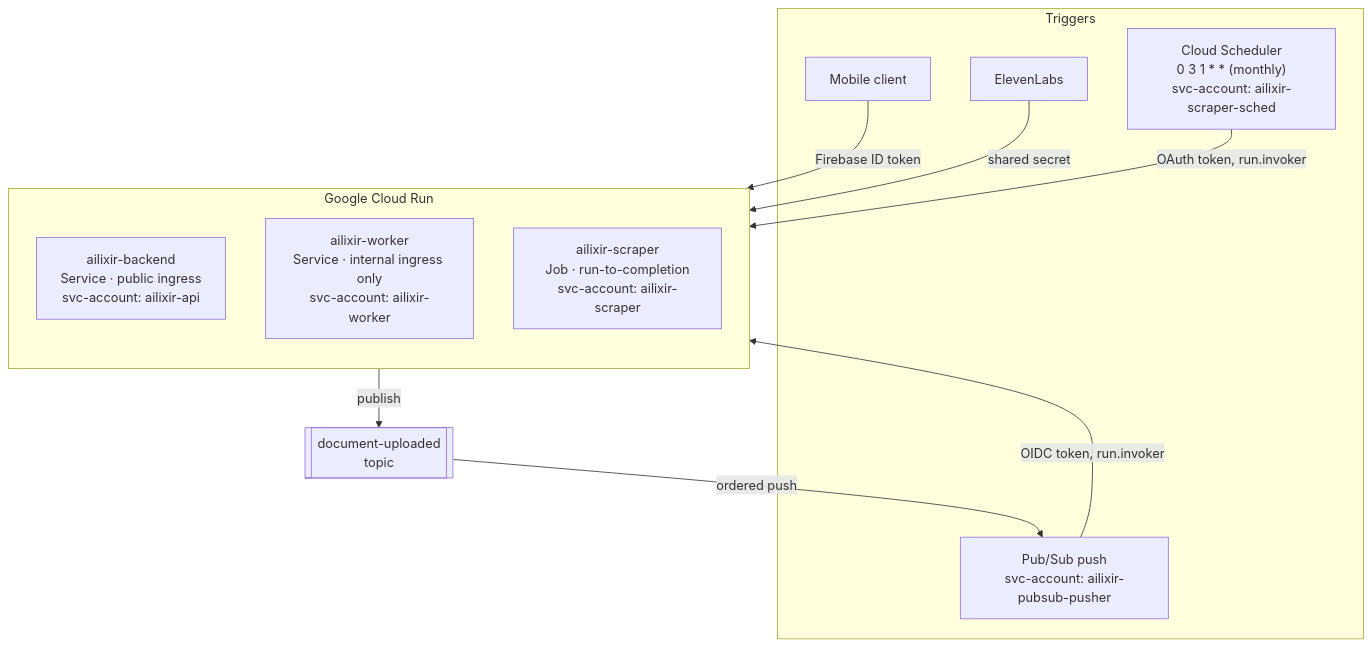
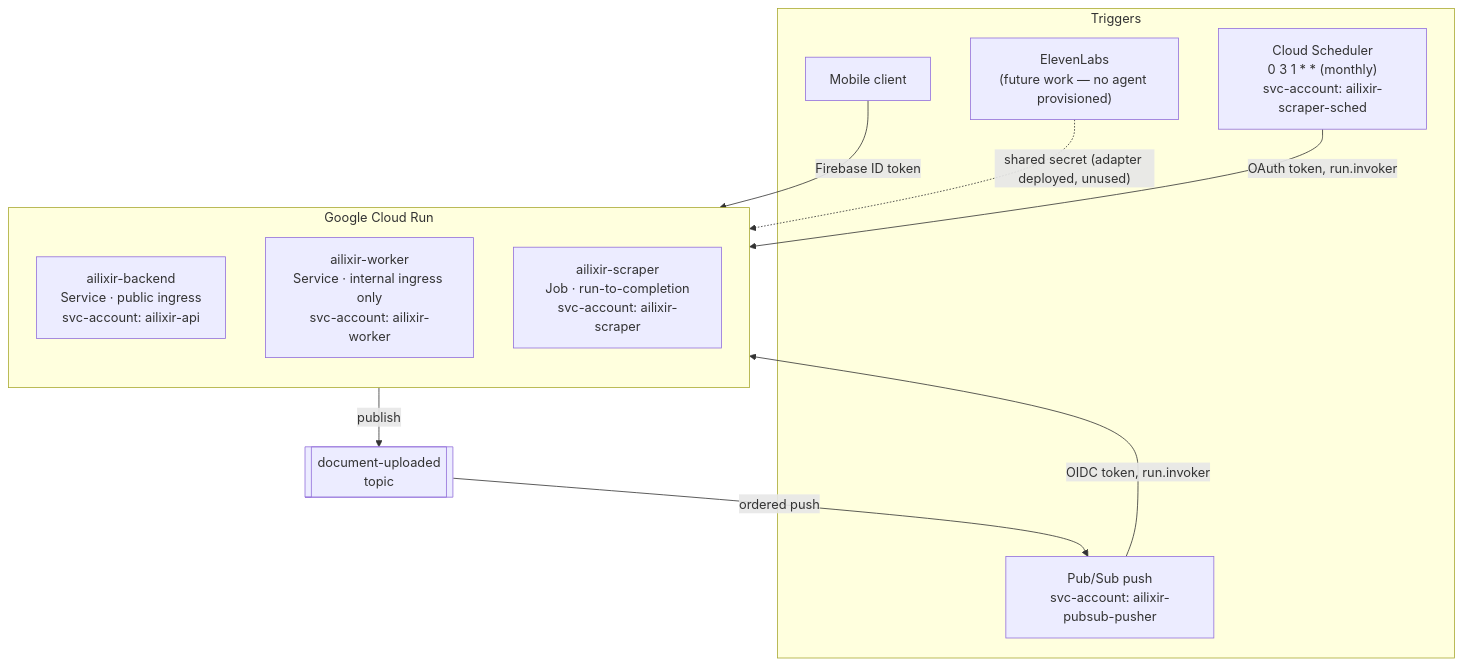
The first of 3 diagrams in Documentation/architecture/05_infrastructure_and_deployment.md (amosproj/amos2026ss03-ailixir-intelligence), drawn with Mermaid before and after one commit. The commit also changed 12 other files, not shown here.

Commit message:
Reframed elevenlabs voice as future work in the documentation

````diff
--- a/Documentation/architecture/05_infrastructure_and_deployment.md
+++ b/Documentation/architecture/05_infrastructure_and_deployment.md
@@ -11,23 +11,23 @@
 ```mermaid
 flowchart TB
     subgraph CloudRun["Google Cloud Run"]
         direction TB
         API["ailixir-backend\nService · public ingress\nsvc-account: ailixir-api"]
         WORKER["ailixir-worker\nService · internal ingress only\nsvc-account: ailixir-worker"]
         JOB["ailixir-scraper\nJob · run-to-completion\nsvc-account: ailixir-scraper"]
     end
 
     subgraph Trigger["Triggers"]
         MOBILE["Mobile client"]
-        ELEVENLABS["ElevenLabs"]
+        ELEVENLABS["ElevenLabs\n(future work — no agent provisioned)"]
         SCHEDULER["Cloud Scheduler\n0 3 1 * * (monthly)\nsvc-account: ailixir-scraper-sched"]
         PUBSUB_PUSHER["Pub/Sub push\nsvc-account: ailixir-pubsub-pusher"]
     end
 
     MOBILE -- "Firebase ID token" --> API
-    ELEVENLABS -- "shared secret" --> API
+    ELEVENLABS -. "shared secret (adapter deployed, unused)" .-> API
     SCHEDULER -- "OAuth token, run.invoker" --> JOB
     API -- "publish" --> TOPIC[["document-uploaded\ntopic"]]
     TOPIC -- "ordered push" --> PUBSUB_PUSHER
     PUBSUB_PUSHER -- "OIDC token, run.invoker" --> WORKER
 ```
````
